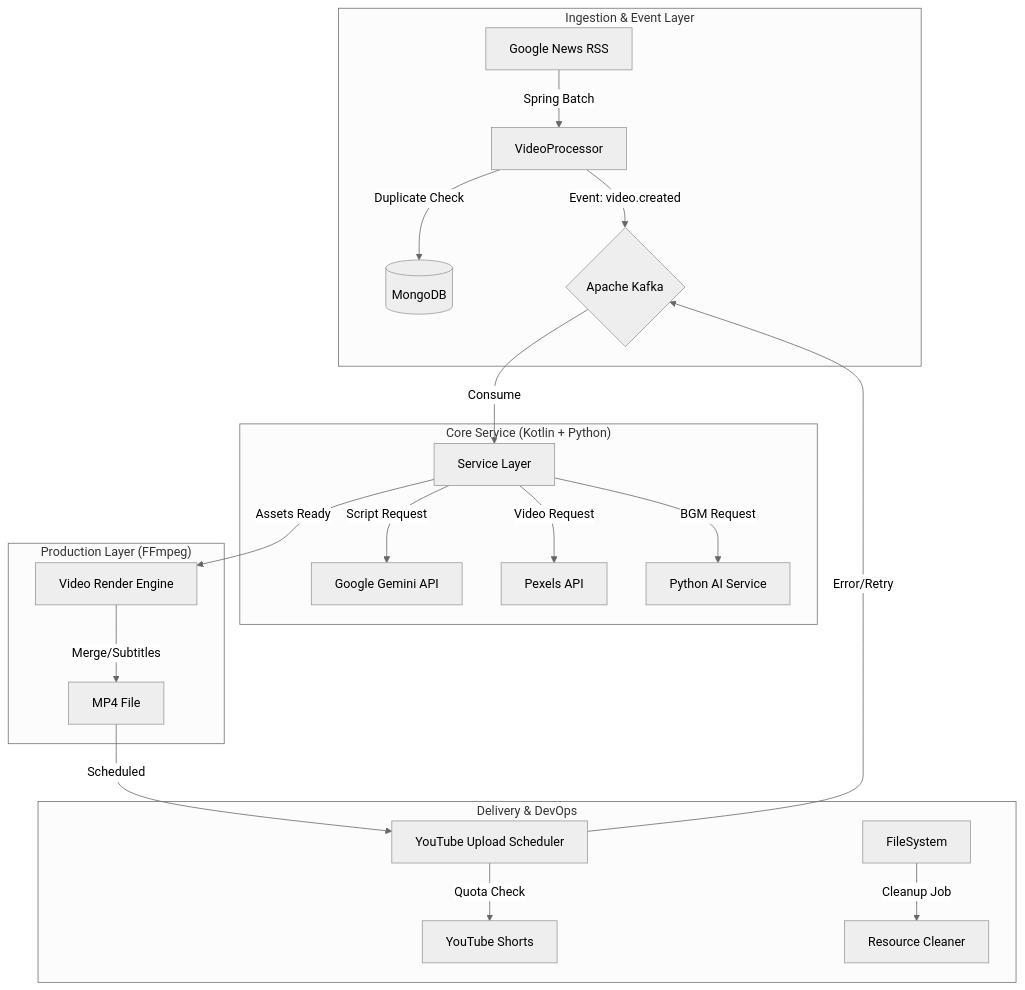
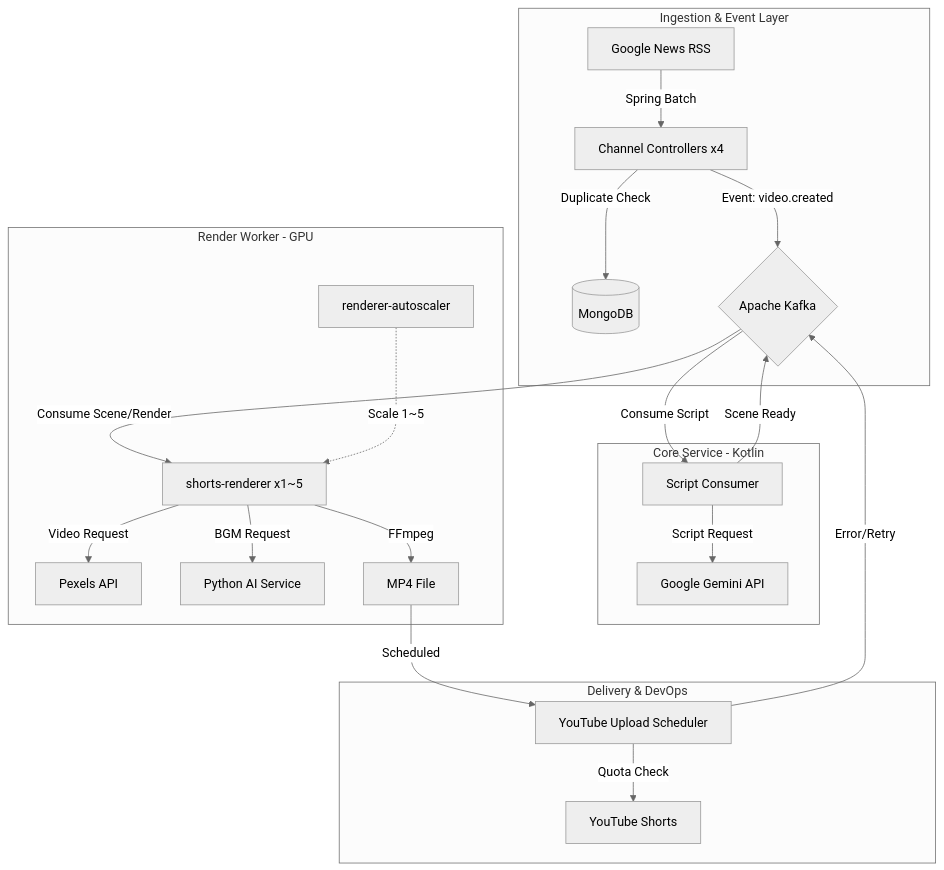
One commit to sprtms16/science-news-shorts-automation changed the diagram in README.md. Above: the diagram before and after it, drawn with Mermaid (neutral theme). The commit also changed other lines of this file and 1 other file, not shown here.

Commit message:
docs: Update README with system requirements and multi-channel architecture

````diff
--- a/README.md
+++ b/README.md
@@ -38,27 +62,28 @@
 ```mermaid
 graph TD
     subgraph "Ingestion & Event Layer"
-        RSS[Google News RSS] -->|Spring Batch| Reader[VideoProcessor]
+        RSS[Google News RSS] -->|Spring Batch| Reader[Channel Controllers x4]
         Reader -->|Duplicate Check| Mongo[(MongoDB)]
         Reader -->|Event: video.created| Kafka{Apache Kafka}
     end
 
-    subgraph "Core Service (Kotlin + Python)"
-        Kafka -->|Consume| AsyncService[Service Layer]
+    subgraph "Core Service - Kotlin"
+        Kafka -->|Consume Script| AsyncService[Script Consumer]
         AsyncService -->|Script Request| Gemini[Google Gemini API]
-        AsyncService -->|Video Request| Pexels[Pexels API]
-        AsyncService -->|BGM Request| MusicGen[Python AI Service]
+        AsyncService -->|Scene Ready| Kafka
     end
 
-    subgraph "Production Layer (FFmpeg)"
-        AsyncService -->|Assets Ready| FFmpeg[Video Render Engine]
-        FFmpeg -->|Merge/Subtitles| FinalVideo[MP4 File]
+    subgraph "Render Worker - GPU"
+        Kafka -->|Consume Scene/Render| Renderer[shorts-renderer x1~5]
+        Renderer -->|Video Request| Pexels[Pexels API]
+        Renderer -->|BGM Request| MusicGen[Python AI Service]
+        Renderer -->|FFmpeg| FinalVideo[MP4 File]
+        AutoScaler[renderer-autoscaler] -.->|Scale 1~5| Renderer
     end
 
     subgraph "Delivery & DevOps"
         FinalVideo -->|Scheduled| Uploader[YouTube Upload Scheduler]
         Uploader -->|Quota Check| YouTube[YouTube Shorts]
         Uploader -->|Error/Retry| Kafka
-        FileSystem -->|Cleanup Job| Trash[Resource Cleaner]
     end
 ```
````
